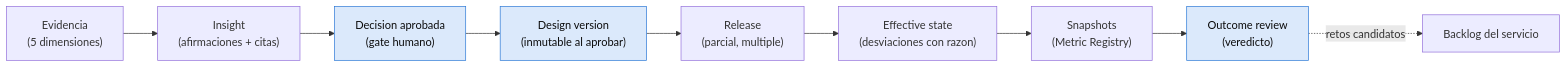
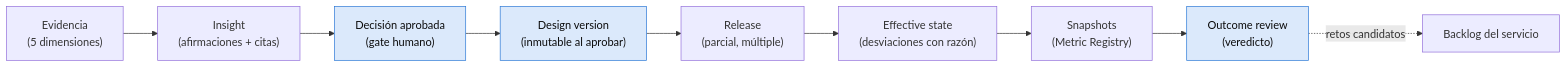
The second of 7 diagrams in docs/01-ddd/domain-model.md (jtrujillo-ws/designio-app), drawn with Mermaid before and after one commit. The commit also changed other lines of this file and 4 other files, not shown here.

````diff
--- a/docs/01-ddd/domain-model.md
+++ b/docs/01-ddd/domain-model.md
@@ -302,14 +302,14 @@
 ```mermaid
 flowchart LR
   EV["Evidencia<br/>(5 dimensiones)"] --> IN["Insight<br/>(afirmaciones + citas)"]
-  IN --> DE["Decision aprobada<br/>(gate humano)"]
+  IN --> DE["Decisión aprobada<br/>(gate humano)"]
   DE --> DV["Design version<br/>(inmutable al aprobar)"]
-  DV --> RL["Release<br/>(parcial, multiple)"]
-  RL --> ES["Effective state<br/>(desviaciones con razon)"]
+  DV --> RL["Release<br/>(parcial, múltiple)"]
+  RL --> ES["Effective state<br/>(desviaciones con razón)"]
   ES --> SN["Snapshots<br/>(Metric Registry)"]
   SN --> OR["Outcome review<br/>(veredicto)"]
   OR -.->|retos candidatos| RC["Backlog del servicio"]
 
   classDef frozen fill:#dbe9fb,stroke:#2a78d6,color:#0b0b0b
   class DE,DV,OR frozen
 ```
````
